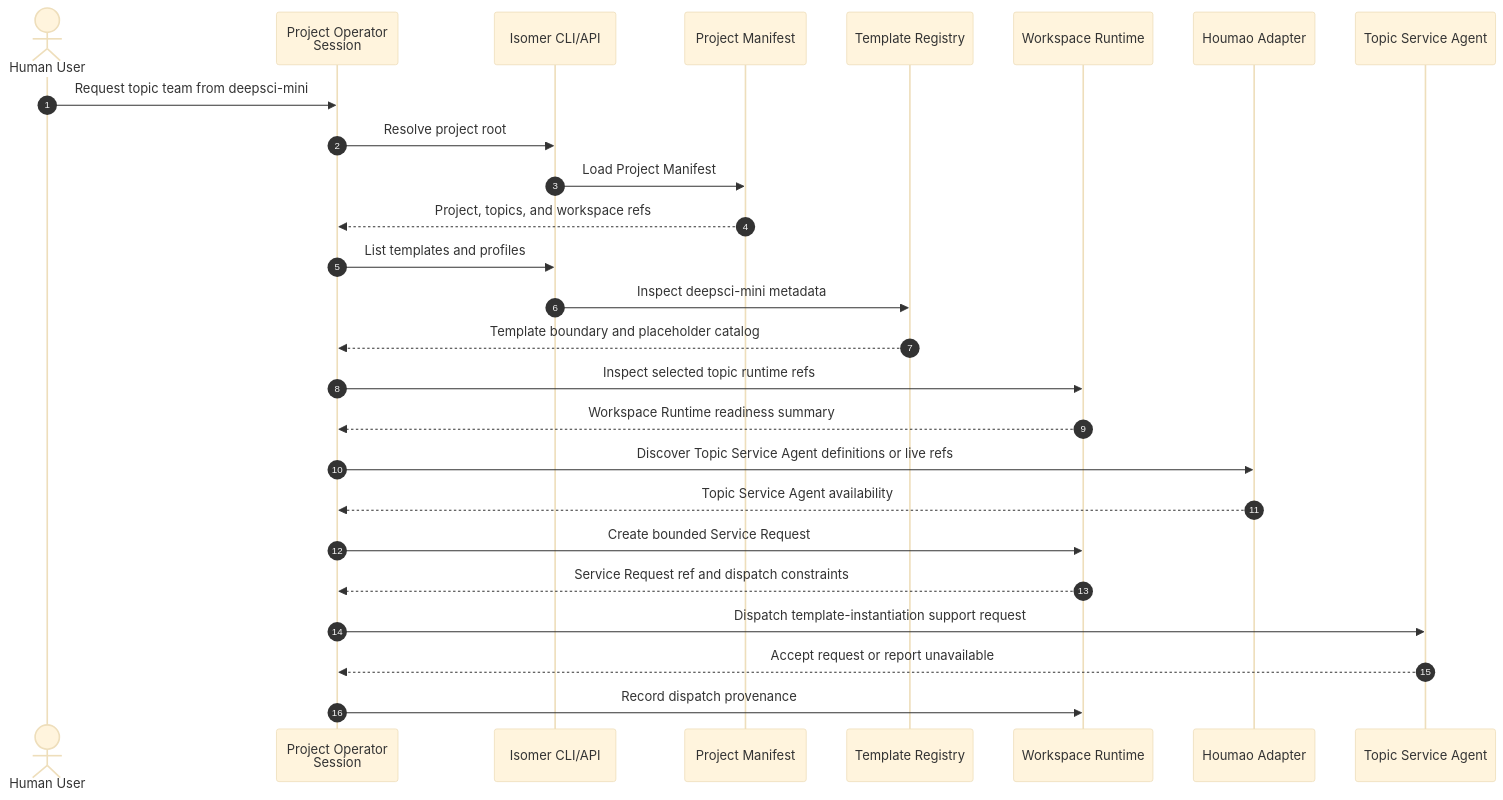
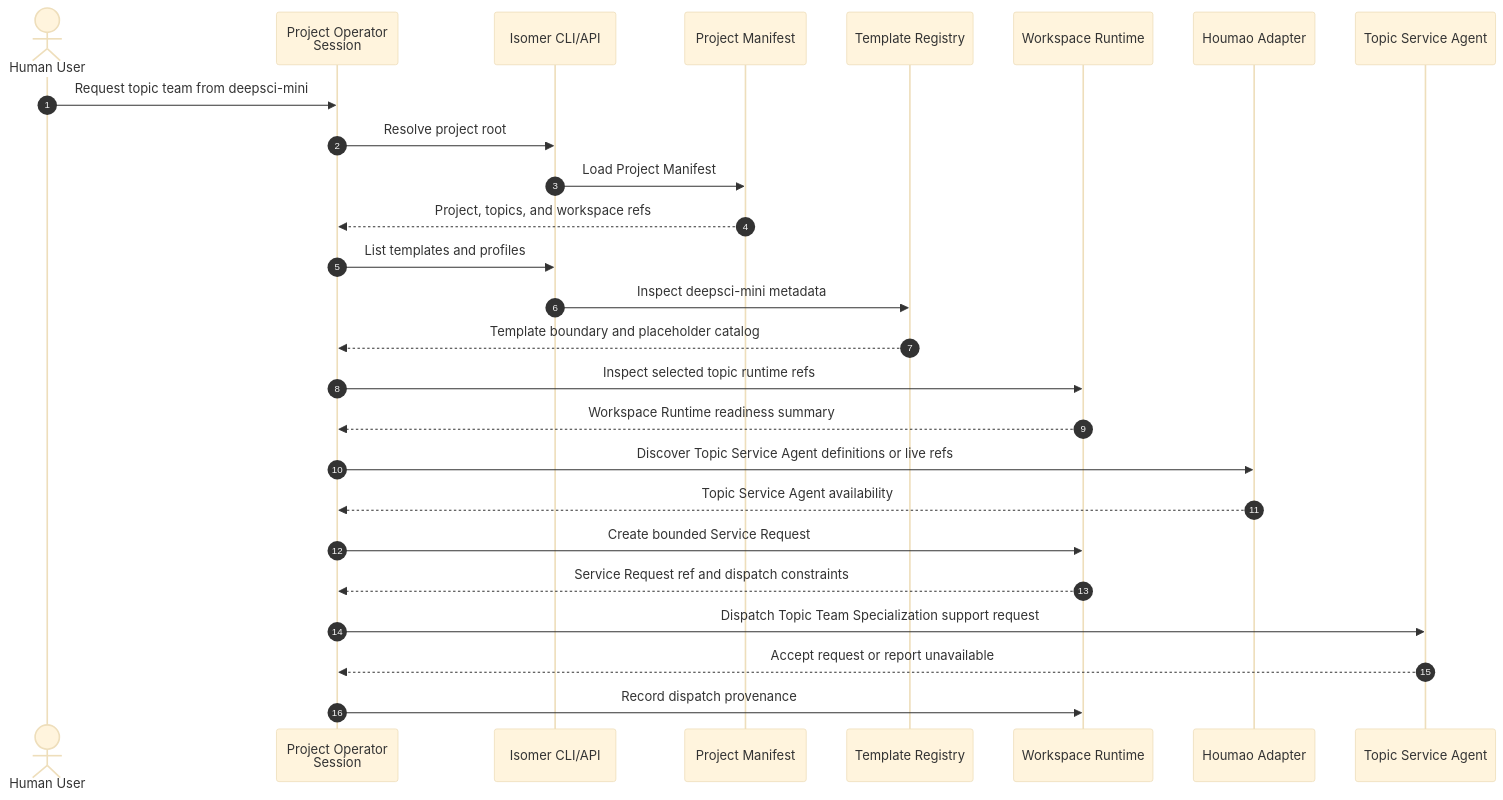
One commit to CodeGandee/isomer-labs changed the second of 2 diagrams in openspec/changes/add-operator-agent-topic-team-instantiation/explore/use-cases/uc-01-project-operator-discovers-topic-service-support.md. Above: the diagram before and after it, drawn with Mermaid (base theme). The commit also changed other lines of this file and 17 other files, not shown here.

Commit message:
docs: define topic team specialization

````diff
--- a/openspec/changes/add-operator-agent-topic-team-instantiation/explore/use-cases/uc-01-project-operator-discovers-topic-service-support.md
+++ b/openspec/changes/add-operator-agent-topic-team-instantiation/explore/use-cases/uc-01-project-operator-discovers-topic-service-support.md
@@ -61,29 +61,29 @@
 ```mermaid
 sequenceDiagram
   autonumber
   actor User as Human User
   participant Session as Project Operator<br/>Session
   participant CLI as Isomer CLI/API
   participant Manifest as Project Manifest
   participant Templates as Template Registry
   participant Runtime as Workspace Runtime
   participant Adapter as Houmao Adapter
   participant Service as Topic Service Agent
 
   User->>Session: Request topic team from deepsci-mini
   Session->>CLI: Resolve project root
   CLI->>Manifest: Load Project Manifest
   Manifest-->>Session: Project, topics, and workspace refs
   Session->>CLI: List templates and profiles
   CLI->>Templates: Inspect deepsci-mini metadata
   Templates-->>Session: Template boundary and placeholder catalog
   Session->>Runtime: Inspect selected topic runtime refs
   Runtime-->>Session: Workspace Runtime readiness summary
   Session->>Adapter: Discover Topic Service Agent definitions or live refs
   Adapter-->>Session: Topic Service Agent availability
   Session->>Runtime: Create bounded Service Request
   Runtime-->>Session: Service Request ref and dispatch constraints
-  Session->>Service: Dispatch template-instantiation support request
+  Session->>Service: Dispatch Topic Team Specialization support request
   Service-->>Session: Accept request or report unavailable
   Session->>Runtime: Record dispatch provenance
 ```
````
